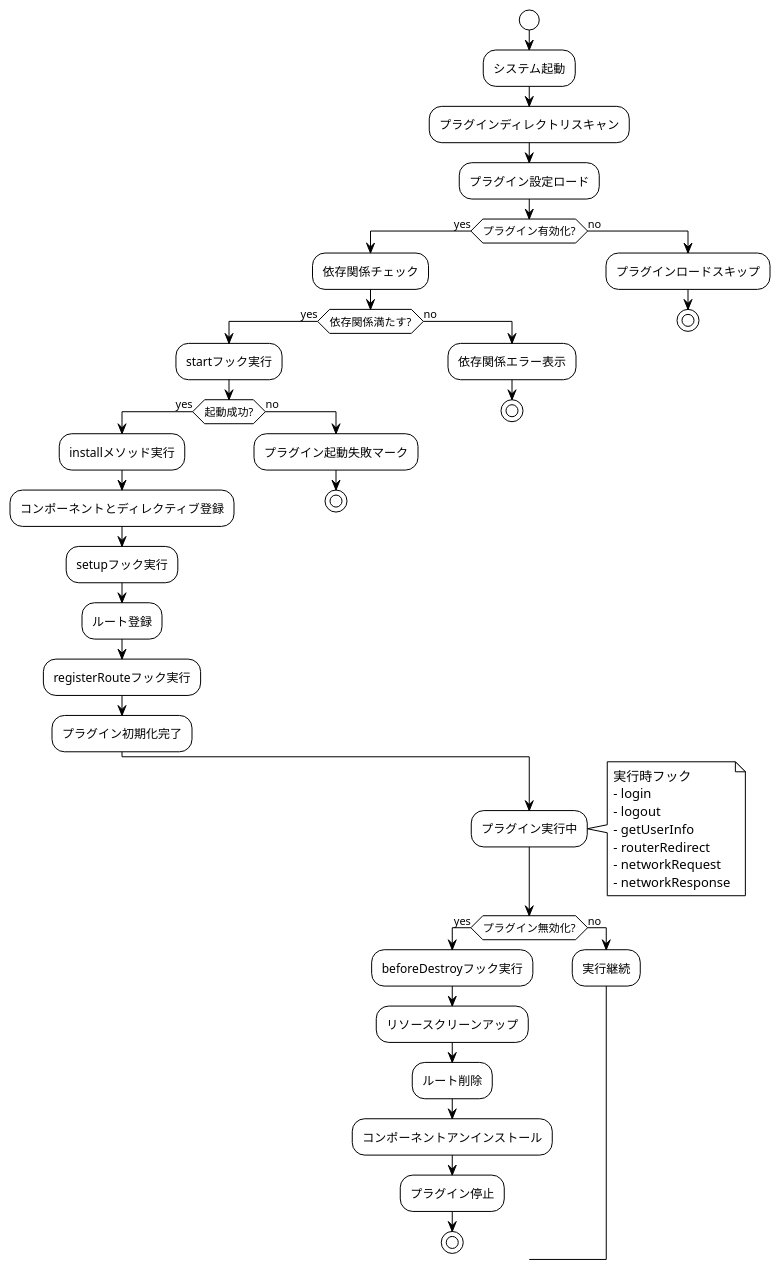
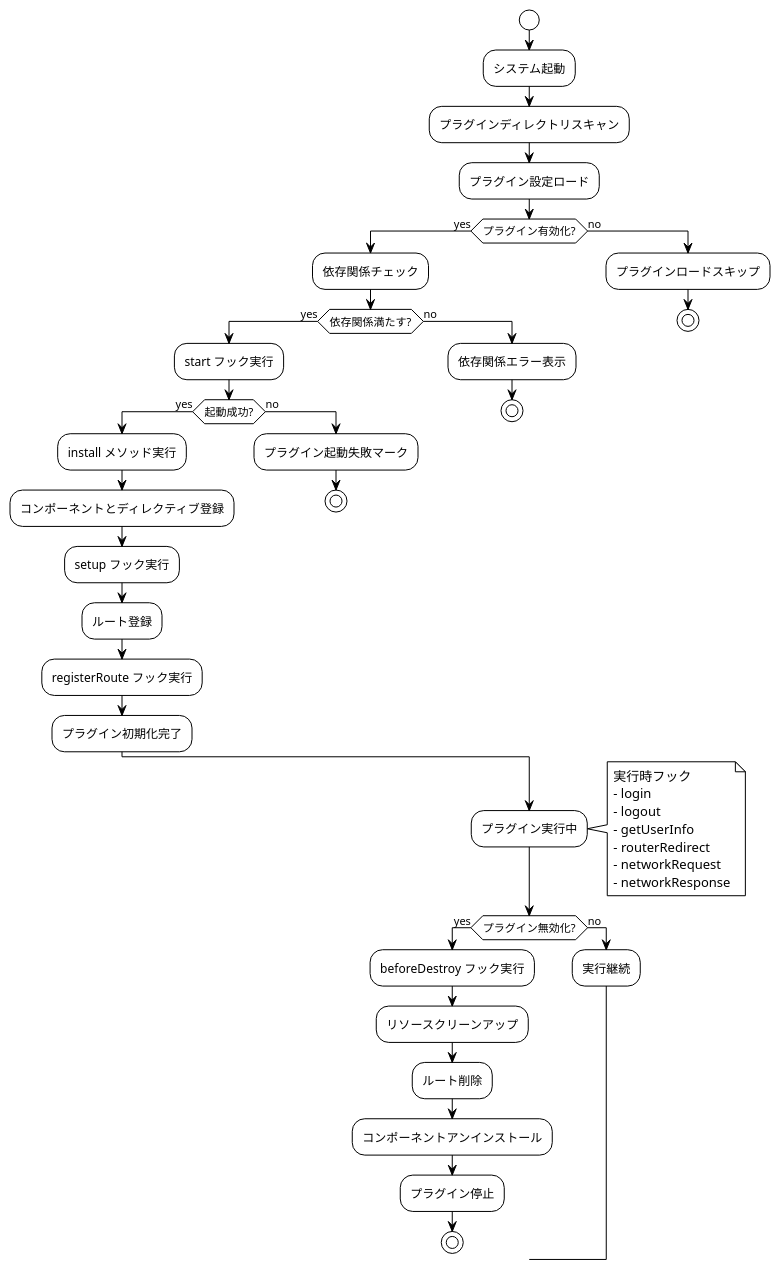
One commit to mineadmin/doc-v3 changed the second of 2 diagrams in docs/ja/front/high/plugins.md. Above: the diagram before and after it, drawn with PlantUML. The commit also changed other lines of this file and 33 other files, not shown here.

````diff
--- a/docs/ja/front/high/plugins.md
+++ b/docs/ja/front/high/plugins.md
@@ -306,51 +306,51 @@
 ```plantuml
 @startuml
 !theme plain
 
 start
 
 :システム起動;
 :プラグインディレクトリスキャン;
 :プラグイン設定ロード;
 
 if (プラグイン有効化?) then (yes)
   :依存関係チェック;
   if (依存関係満たす?) then (yes)
-    :startフック実行;
+    :start フック実行;
     if (起動成功?) then (yes)
-      :installメソッド実行;
+      :install メソッド実行;
       :コンポーネントとディレクティブ登録;
-      :setupフック実行;
+      :setup フック実行;
       :ルート登録;
-      :registerRouteフック実行;
+      :registerRoute フック実行;
       :プラグイン初期化完了;
     else (no)
       :プラグイン起動失敗マーク;
       stop
     endif
   else (no)
     :依存関係エラー表示;
     stop
   endif
 else (no)
   :プラグインロードスキップ;
   stop
 endif
 
 :プラグイン実行中;
 
 note right: 実行時フック\n- login\n- logout\n- getUserInfo\n- routerRedirect\n- networkRequest\n- networkResponse
 
 if (プラグイン無効化?) then (yes)
-  :beforeDestroyフック実行;
+  :beforeDestroy フック実行;
   :リソースクリーンアップ;
   :ルート削除;
   :コンポーネントアンインストール;
   :プラグイン停止;
   stop
 else (no)
   :実行継続;
 endif
 
 @enduml
 ```
````
